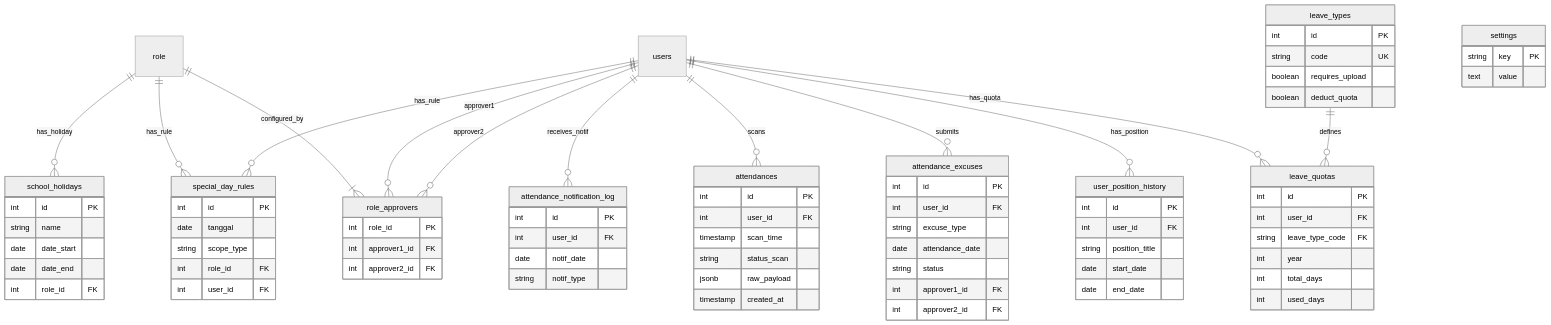
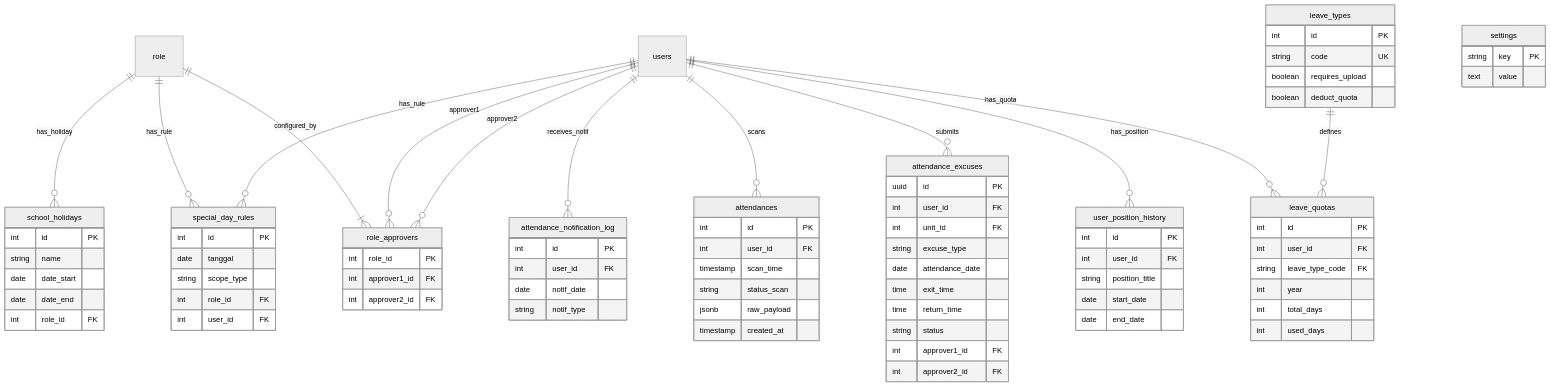
Before and after one commit to hanskristianw/school-admin: the fifth of 16 diagrams in DATABASE_SCHEMA.md, drawn with Mermaid (neutral theme). The commit also changed other lines of this file and 15 other files, not shown here.

```diff
--- a/DATABASE_SCHEMA.md
+++ b/DATABASE_SCHEMA.md
@@ -978,10 +983,13 @@
     }
 
     attendance_excuses {
-        int id PK
+        uuid id PK
         int user_id FK
+        int unit_id FK
         string excuse_type
         date attendance_date
+        time exit_time
+        time return_time
         string status
         int approver1_id FK
         int approver2_id FK
```
